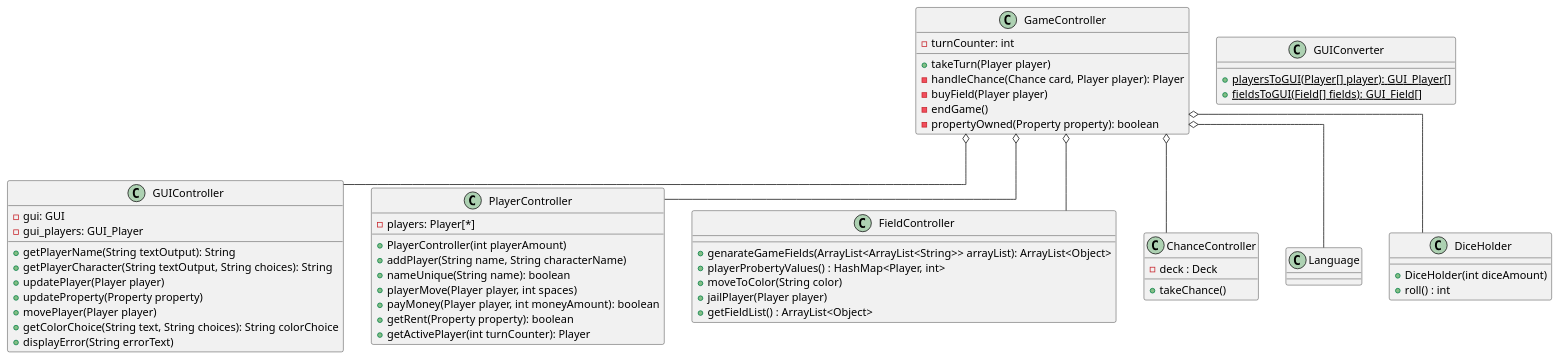
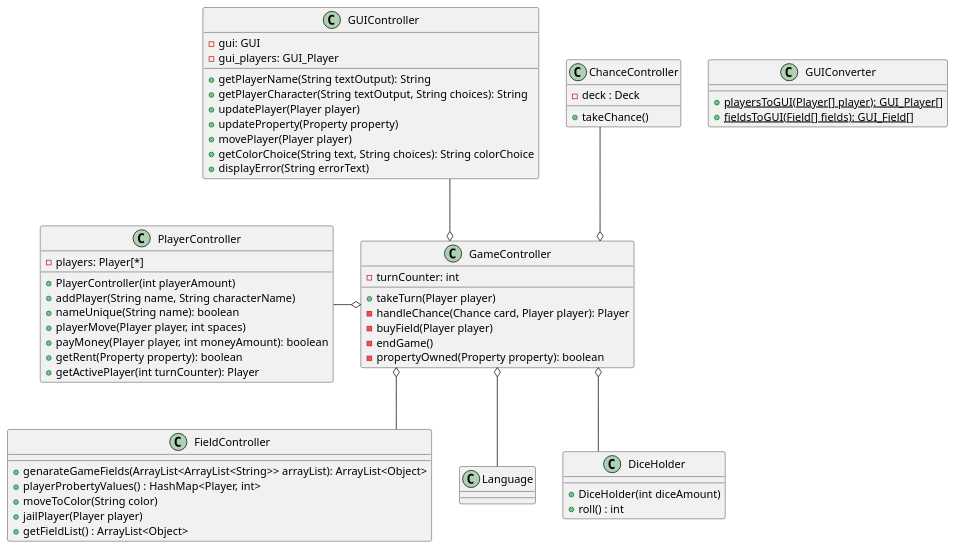
The diagram in src/main/resources/ControllerDiagram.puml (Gruppe-10-DTU/CDIO-FINAL), drawn with PlantUML before and after one commit.

Commit message:
Cleaned diagram up a bit

```diff
--- a/src/main/resources/ControllerDiagram.puml
+++ b/src/main/resources/ControllerDiagram.puml
@@ -1,69 +1,68 @@
 @startuml
 skinparam linetype polyline
 skinparam linetype ortho
 
 Class GUIController{
  - gui: GUI
  - gui_players: GUI_Player
  + getPlayerName(String textOutput): String
  + getPlayerCharacter(String textOutput, String choices): String
  + updatePlayer(Player player)
  + updateProperty(Property property)
  + movePlayer(Player player)
  + getColorChoice(String text, String choices): String colorChoice
  + displayError(String errorText)
 }
 Class GUIConverter{
  {static} + playersToGUI(Player[] player): GUI_Player[]
  {static} + fieldsToGUI(Field[] fields): GUI_Field[]
 }
 Class GameController{
  - turnCounter: int
  + takeTurn(Player player)
  - handleChance(Chance card, Player player): Player
  - buyField(Player player)
  - endGame()
  - propertyOwned(Property property): boolean
 }
 
 Class PlayerController{
  - players: Player[*]
  + PlayerController(int playerAmount)
  + addPlayer(String name, String characterName)
  + nameUnique(String name): boolean
  + playerMove(Player player, int spaces)
  + payMoney(Player player, int moneyAmount): boolean
  + getRent(Property property): boolean
  + getActivePlayer(int turnCounter): Player
 }
 
 Class FieldController{
  + genarateGameFields(ArrayList<ArrayList<String>> arrayList): ArrayList<Object>
  + playerProbertyValues() : HashMap<Player, int>
  + moveToColor(String color)
  + jailPlayer(Player player)
  + getFieldList() : ArrayList<Object>
 }
 
 Class ChanceController{
  - deck : Deck
  + takeChance()
 }
 
 Class Language{
 
 }
 
 Class DiceHolder{
  + DiceHolder(int diceAmount)
  + roll() : int
 }
-
-GameController o-- GUIController
-GameController o-- PlayerController
-GameController o-- FieldController
-GameController o-- ChanceController
+GameController o-up- ChanceController
+GameController o-up- GUIController
+GameController o-left- PlayerController
+GameController o-down- FieldController
 GameController o-- DiceHolder
 GameController o-- Language
 
 @enduml
```
